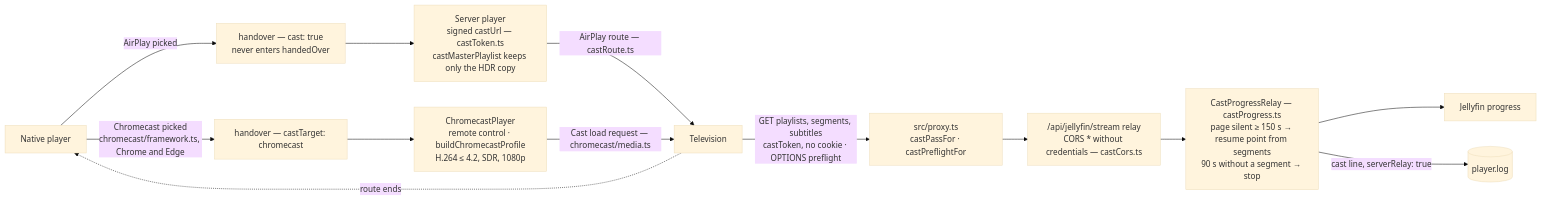
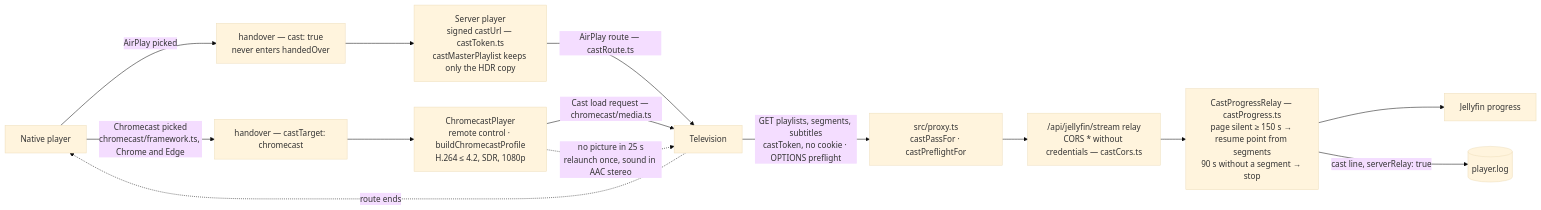
One commit to LK59/cine-app changed the fifth of 10 diagrams in DOC-TECH.md. Above: the diagram before and after it, drawn with Mermaid (base theme). The commit also changed other lines of this file and 8 other files, not shown here.

First line of the commit message:
Documentation : plan de l'application à jour (Laterna) et ARCHITECTURE.svg régénéré par un outil

````diff
--- a/DOC-TECH.md
+++ b/DOC-TECH.md
@@ -403,15 +457,16 @@
 ```mermaid
 flowchart LR
     EXP["Native player"] -->|"AirPlay picked"| HA["handover — cast: true<br/>never enters handedOver"]
     EXP -->|"Chromecast picked<br/>chromecast/framework.ts, Chrome and Edge"| HC["handover — castTarget: chromecast"]
     HA --> SPL["Server player<br/>signed castUrl — castToken.ts<br/>castMasterPlaylist keeps only the HDR copy"]
     HC --> CCP["ChromecastPlayer<br/>remote control · buildChromecastProfile<br/>H.264 ≤ 4.2, SDR, 1080p"]
     SPL -->|"AirPlay route — castRoute.ts"| TV["Television"]
     CCP -->|"Cast load request — chromecast/media.ts"| TV
+    CCP -.->|"no picture in 25 s<br/>relaunch once, sound in AAC stereo"| TV
     TV -->|"GET playlists, segments, subtitles<br/>castToken, no cookie · OPTIONS preflight"| GATE["src/proxy.ts<br/>castPassFor · castPreflightFor"]
     GATE --> RELAY["/api/jellyfin/stream relay<br/>CORS * without credentials — castCors.ts"]
     RELAY --> CPR["CastProgressRelay — castProgress.ts<br/>page silent ≥ 150 s → resume point from segments<br/>90 s without a segment → stop"]
     CPR --> JFP["Jellyfin progress"]
     CPR -->|"cast line, serverRelay: true"| PLOG[("player.log")]
     TV -.->|"route ends"| EXP
 ```
````
